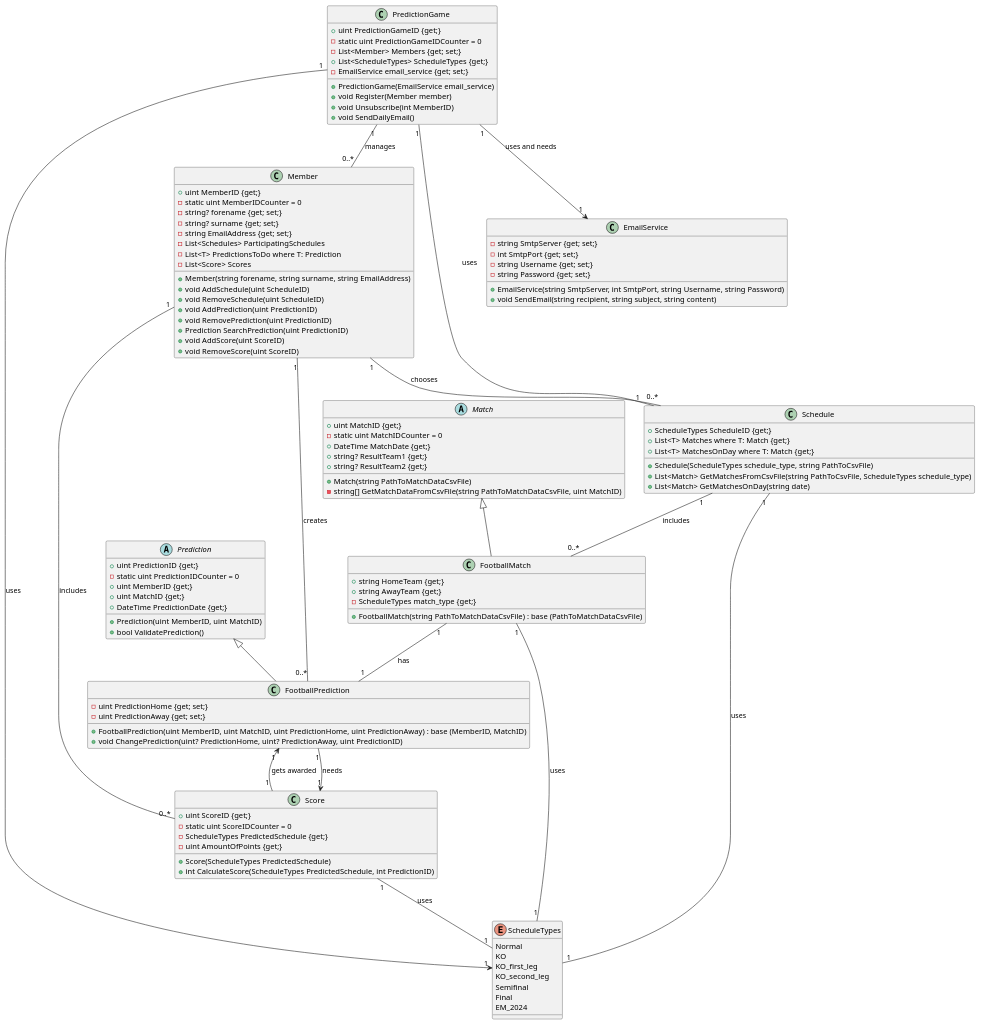
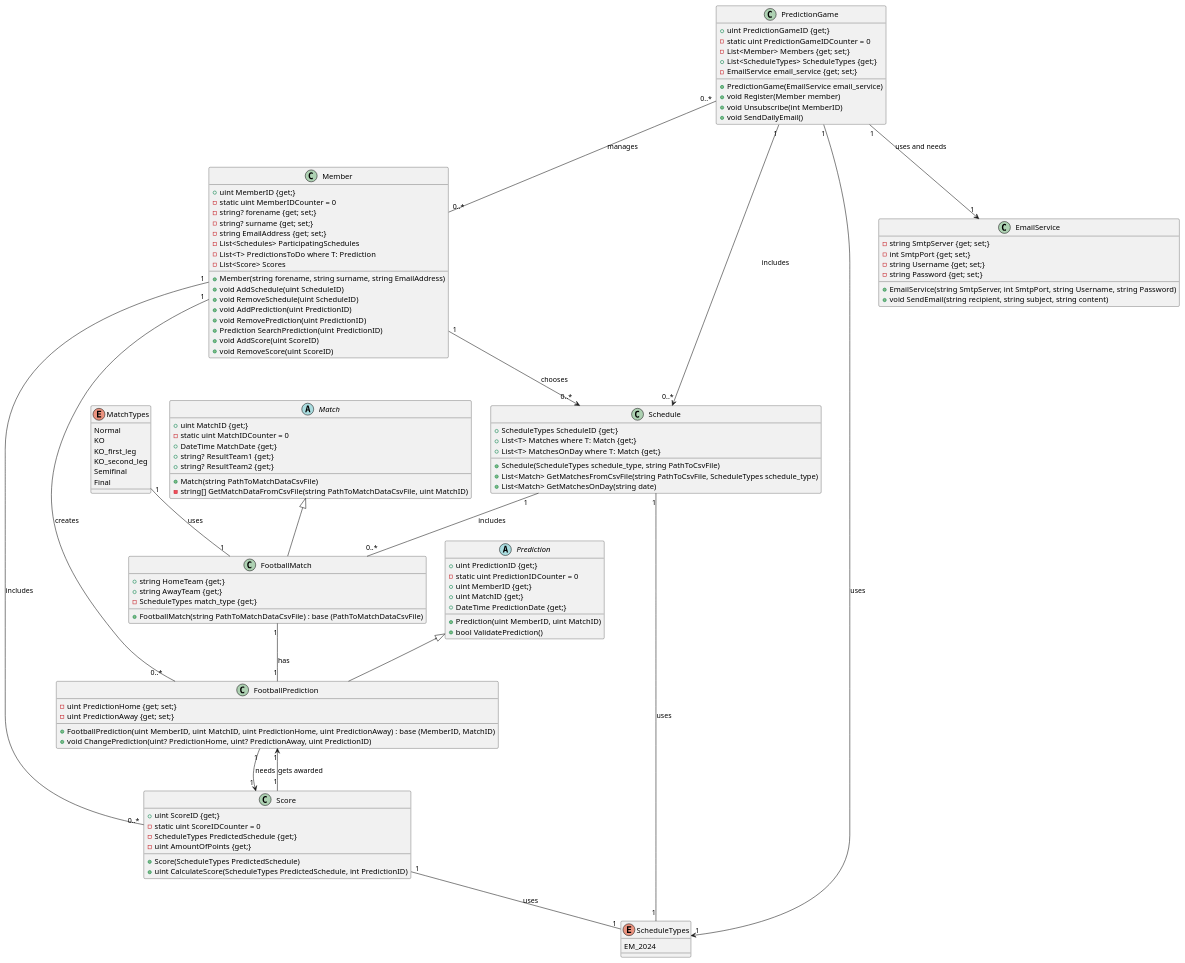
One commit to smn-hrtzsch/SPS changed the diagram in SportPredictionSystem.plantuml. Above: the diagram before and after it, drawn with PlantUML.

```diff
--- a/SportPredictionSystem.plantuml
+++ b/SportPredictionSystem.plantuml
@@ -1,121 +1,121 @@
 @startuml PredictionGame
 abstract class Match {
     + uint MatchID {get;}
     - static uint MatchIDCounter = 0
     + DateTime MatchDate {get;}
     + string? ResultTeam1 {get;}
     + string? ResultTeam2 {get;}
     + Match(string PathToMatchDataCsvFile)
     - string[] GetMatchDataFromCsvFile(string PathToMatchDataCsvFile, uint MatchID)
 }
 
-enum ScheduleTypes{
+enum MatchTypes{
     Normal
     KO
     KO_first_leg
     KO_second_leg
     Semifinal
     Final
 }
 
 class FootballMatch extends Match {
     + string HomeTeam {get;}
     + string AwayTeam {get;}
     - ScheduleTypes match_type {get;}
     + FootballMatch(string PathToMatchDataCsvFile) : base (PathToMatchDataCsvFile)
 }
 
 class Member {
     + uint MemberID {get;}
     - static uint MemberIDCounter = 0
     - string? forename {get; set;}
     - string? surname {get; set;}
     - string EmailAddress {get; set;}
     - List<Schedules> ParticipatingSchedules
     - List<T> PredictionsToDo where T: Prediction
     - List<Score> Scores
     + Member(string forename, string surname, string EmailAddress)
     + void AddSchedule(uint ScheduleID)
     + void RemoveSchedule(uint ScheduleID)
     + void AddPrediction(uint PredictionID)
     + void RemovePrediction(uint PredictionID)
     + Prediction SearchPrediction(uint PredictionID)
     + void AddScore(uint ScoreID)
     + void RemoveScore(uint ScoreID)
 }
 
 abstract class Prediction {
     + uint PredictionID {get;}
     - static uint PredictionIDCounter = 0
     + uint MemberID {get;}
     + uint MatchID {get;}
     + DateTime PredictionDate {get;}
     + Prediction(uint MemberID, uint MatchID)
     + bool ValidatePrediction()
 }
 
 class FootballPrediction extends Prediction {
     - uint PredictionHome {get; set;}
     - uint PredictionAway {get; set;}
     + FootballPrediction(uint MemberID, uint MatchID, uint PredictionHome, uint PredictionAway) : base (MemberID, MatchID)
     + void ChangePrediction(uint? PredictionHome, uint? PredictionAway, uint PredictionID)
 }
 
 enum ScheduleTypes {
     EM_2024
 }
 
 class Schedule {
     + ScheduleTypes ScheduleID {get;}
     + List<T> Matches where T: Match {get;}
     + List<T> MatchesOnDay where T: Match {get;}
     + Schedule(ScheduleTypes schedule_type, string PathToCsvFile)
     + List<Match> GetMatchesFromCsvFile(string PathToCsvFile, ScheduleTypes schedule_type)
     + List<Match> GetMatchesOnDay(string date)
 }
 
 class Score {
     + uint ScoreID {get;}
     - static uint ScoreIDCounter = 0
     - ScheduleTypes PredictedSchedule {get;}
     - uint AmountOfPoints {get;}
     + Score(ScheduleTypes PredictedSchedule)
-    + int CalculateScore(ScheduleTypes PredictedSchedule, int PredictionID)
+    + uint CalculateScore(ScheduleTypes PredictedSchedule, int PredictionID)
 }
 
 class EmailService {
     - string SmtpServer {get; set;}
     - int SmtpPort {get; set;}
     - string Username {get; set;}
     - string Password {get; set;}
     + EmailService(string SmtpServer, int SmtpPort, string Username, string Password)
     + void SendEmail(string recipient, string subject, string content)
 }
 
 class PredictionGame {
     + uint PredictionGameID {get;}
     - static uint PredictionGameIDCounter = 0
     - List<Member> Members {get; set;}
     + List<ScheduleTypes> ScheduleTypes {get;}
     - EmailService email_service {get; set;}
     + PredictionGame(EmailService email_service)
     + void Register(Member member)
     + void Unsubscribe(int MemberID)
     + void SendDailyEmail()
 }
 
 Member "1" -- "0..*" FootballPrediction : creates
 Member "1" -- "0..*" Score : includes
-Member "1" -- "0..*" Schedule : chooses
+Member "1" --> "0..*" Schedule : chooses
 FootballMatch "1" -- "1" FootballPrediction : has
 Schedule "1" -- "0..*" FootballMatch : includes
-PredictionGame "1" -- "0..*" Member : manages
-PredictionGame "1" -- "1" Schedule : uses
+PredictionGame "0..*" -- "0..*" Member : manages
+PredictionGame "1" --> "0..*" Schedule : includes
 PredictionGame "1" --> "1" EmailService : uses and needs
 PredictionGame "1" --> "1" ScheduleTypes : uses
-ScheduleTypes "1" -- "1" FootballMatch : uses
+MatchTypes "1" -- "1" FootballMatch : uses
 Schedule "1" -- "1" ScheduleTypes : uses
 Score "1" -- "1" ScheduleTypes : uses
 Score "1" <-- "1" FootballPrediction : needs
 FootballPrediction "1" <-- "1" Score : gets awarded
 @enduml
```
